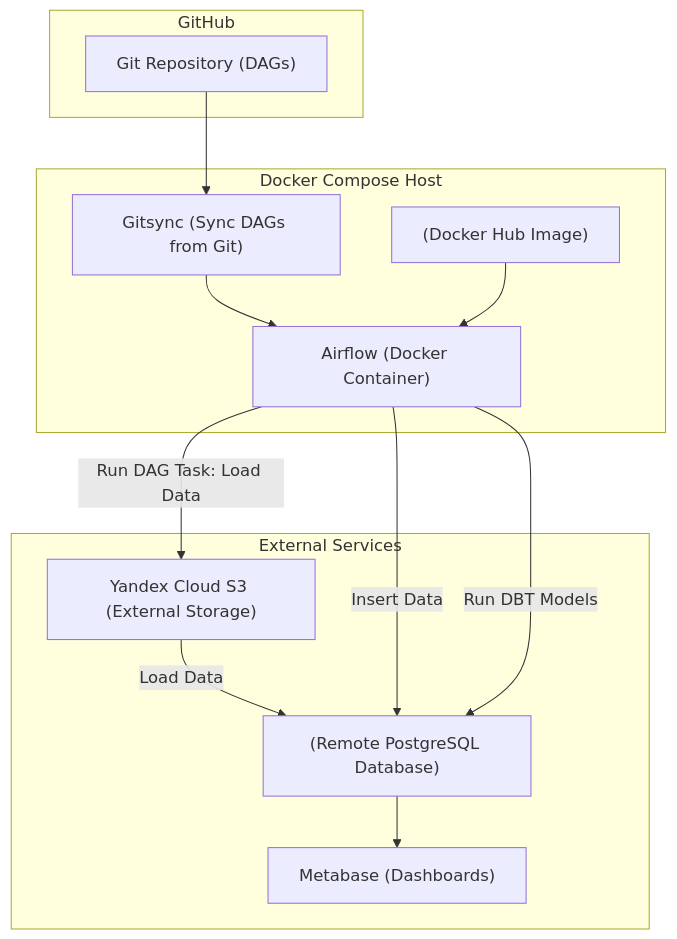
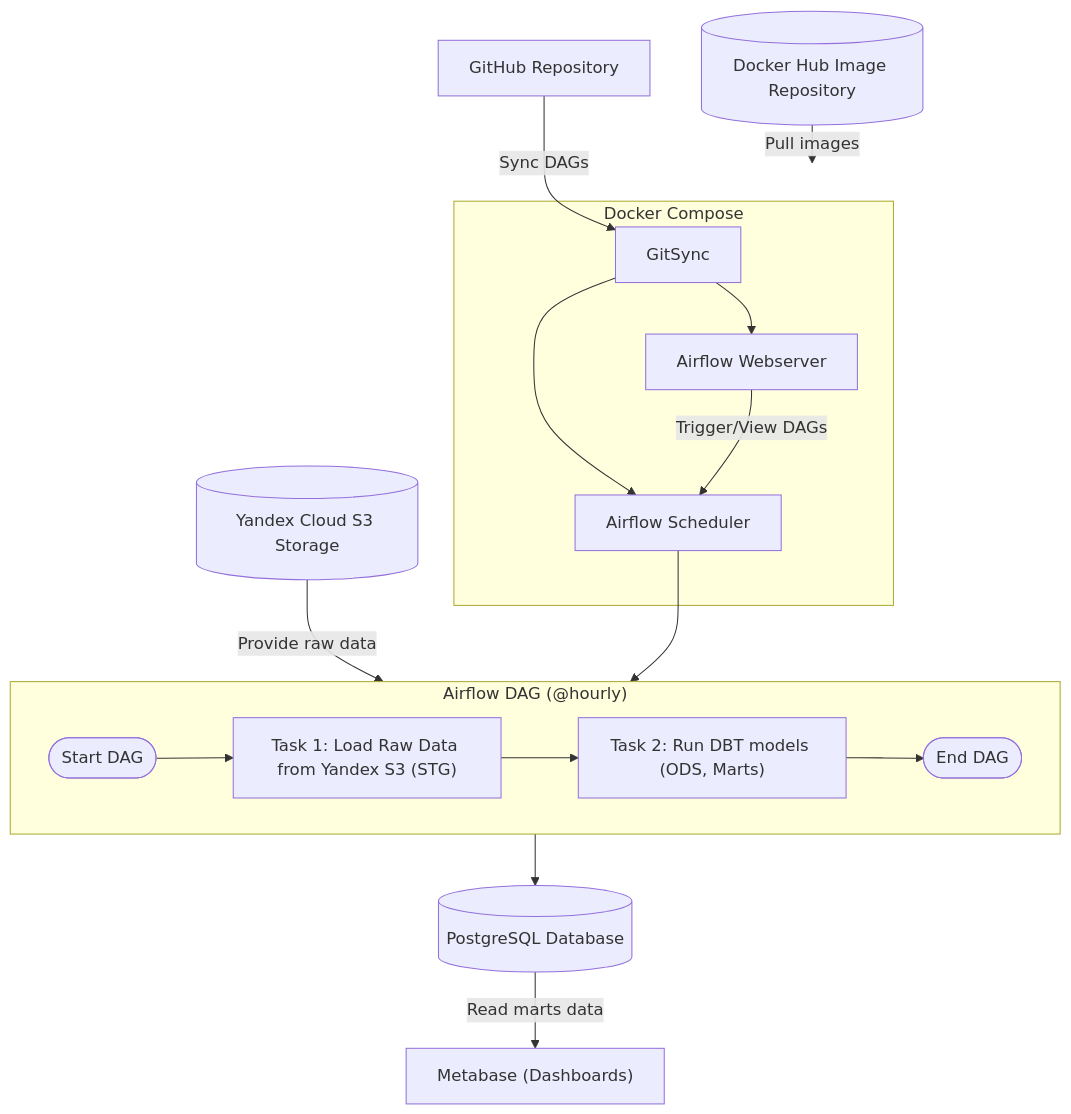
One commit to datavia/etl-airflow-dbt-metabase changed the first of 2 diagrams in README.md. Above: the diagram before and after it, drawn with Mermaid.

````diff
--- a/README.md
+++ b/README.md
@@ -88,27 +88,28 @@
 ```mermaid
 flowchart TD
-    subgraph "Docker Compose Host"
-        Airflow["Airflow (Docker Container)"]
-        Gitsync["Gitsync (Sync DAGs from Git)"]
-        DockerHub["(Docker Hub Image)"]
+    DockerHub[(Docker Hub Image Repository)] -->|Pull images| DockerCompose
+    GitHub["GitHub Repository"] -->|Sync DAGs| GitSync
+
+    subgraph DockerCompose["Docker Compose"]
+        Webserver[Airflow Webserver]
+        Scheduler[Airflow Scheduler]
+        GitSync["GitSync "]
     end
 
-    subgraph "GitHub"
-        GitRepo["Git Repository (DAGs)"]
+    GitSync --> Webserver
+    GitSync --> Scheduler
+
+    Scheduler --> DAG
+
+    subgraph DAG["Airflow DAG (@hourly)"]
+        direction LR
+        DAGStart([Start DAG]) --> Task1_LoadS3["Task 1: Load Raw Data from Yandex S3 (STG)"] --> Task2_DBT["Task 2: Run DBT models (ODS, Marts)"] --> DAGEnd([End DAG])
     end
 
-    subgraph "External Services"
-        S3["Yandex Cloud S3 (External Storage)"]
-        PostgreSQL["(Remote PostgreSQL Database)"]
-        Metabase["Metabase (Dashboards)"]
-    end
+    YandexS3[(Yandex Cloud S3 Storage)] -->|Provide raw data| Task1_LoadS3
 
-    GitRepo --> Gitsync
-    Gitsync --> Airflow
-    DockerHub --> Airflow
-    S3 --> |Load Data| PostgreSQL
-    Airflow -->|Run DAG Task: Load Data| S3
-    Airflow -->|Insert Data| PostgreSQL
-    Airflow -->|Run DBT Models| PostgreSQL
-    PostgreSQL --> Metabase
+    Task2_DBT --> PostgreSQL[(PostgreSQL Database)]
+
+    Webserver -->|Trigger/View DAGs| Scheduler
+    PostgreSQL -->|Read marts data| Metabase["Metabase (Dashboards)"]
 ```
````
